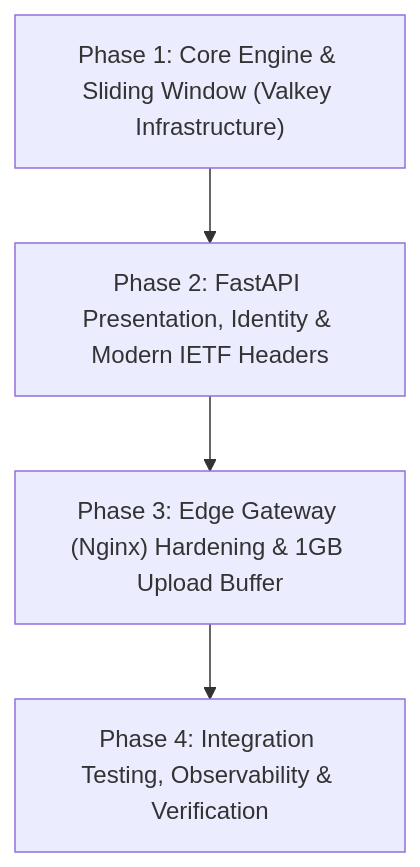
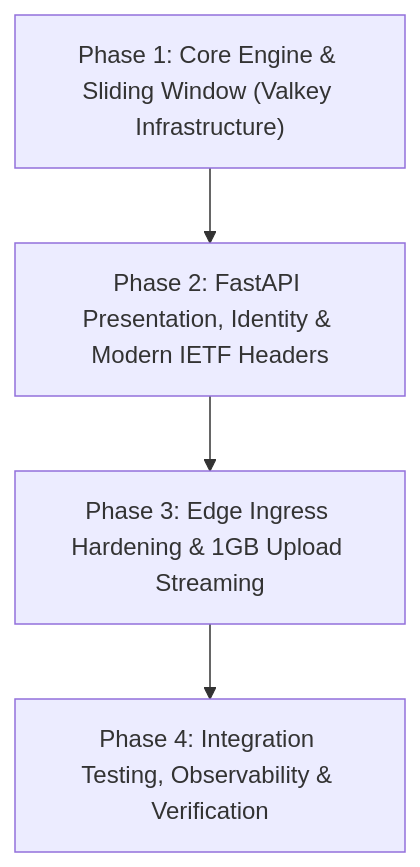
The first of 2 diagrams in docs/API_GATEWAY_AND_RATE_LIMIT_PLAN.md (khanhnkq/feed.io), drawn with Mermaid before and after one commit. The commit also changed other lines of this file and 12 other files, not shown here.

Commit message:
docs: translate and update project planning and architecture documents to English

````diff
--- a/docs/API_GATEWAY_AND_RATE_LIMIT_PLAN.md
+++ b/docs/API_GATEWAY_AND_RATE_LIMIT_PLAN.md
@@ -12,6 +12,6 @@
 ```mermaid
 flowchart TD
     P1["Phase 1: Core Engine & Sliding Window (Valkey Infrastructure)"] --> P2["Phase 2: FastAPI Presentation, Identity & Modern IETF Headers"]
-    P2 --> P3["Phase 3: Edge Gateway (Nginx) Hardening & 1GB Upload Buffer"]
+    P2 --> P3["Phase 3: Edge Ingress Hardening & 1GB Upload Streaming"]
     P3 --> P4["Phase 4: Integration Testing, Observability & Verification"]
 ```
````
